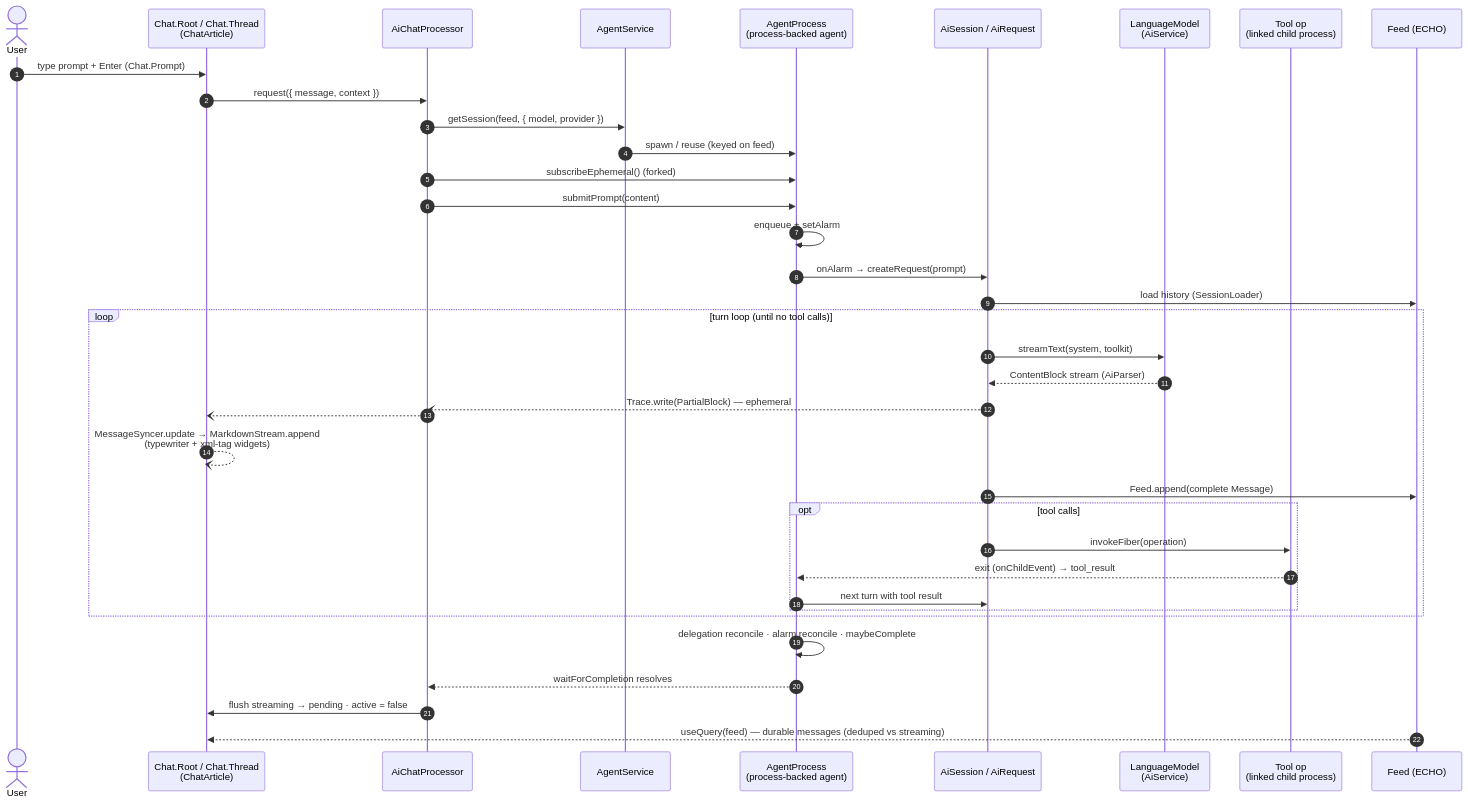
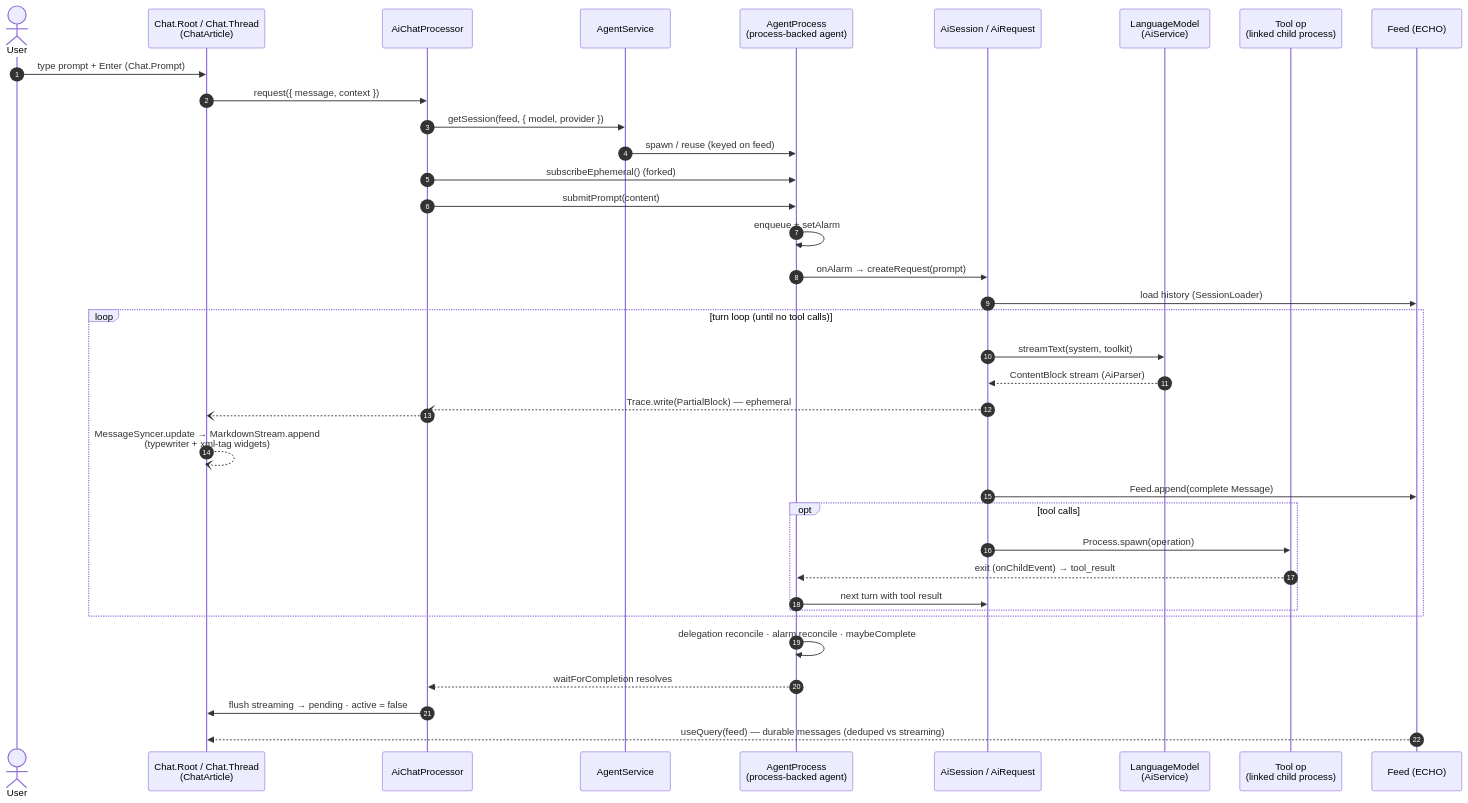
One commit to dxos/dxos changed the diagram in packages/plugins/plugin-assistant/docs/DESIGN.md. Above: the diagram before and after it, drawn with Mermaid. The commit also changed other lines of this file and 66 other files, not shown here.

````diff
--- a/packages/plugins/plugin-assistant/docs/DESIGN.md
+++ b/packages/plugins/plugin-assistant/docs/DESIGN.md
@@ -38,42 +38,42 @@
 ```mermaid
 sequenceDiagram
   autonumber
   actor U as User
   participant UI as Chat.Root / Chat.Thread<br/>(ChatArticle)
   participant P as AiChatProcessor
   participant AS as AgentService
   participant AP as AgentProcess<br/>(process-backed agent)
   participant RQ as AiSession / AiRequest
   participant LM as LanguageModel<br/>(AiService)
   participant T as Tool op<br/>(linked child process)
   participant F as Feed (ECHO)
 
   U->>UI: type prompt + Enter (Chat.Prompt)
   UI->>P: request({ message, context })
   P->>AS: getSession(feed, { model, provider })
   AS->>AP: spawn / reuse (keyed on feed)
   P->>AP: subscribeEphemeral() (forked)
   P->>AP: submitPrompt(content)
   AP->>AP: enqueue + setAlarm
 
   AP->>RQ: onAlarm → createRequest(prompt)
   RQ->>F: load history (SessionLoader)
   loop turn loop (until no tool calls)
     RQ->>LM: streamText(system, toolkit)
     LM-->>RQ: ContentBlock stream (AiParser)
     RQ--)P: Trace.write(PartialBlock) — ephemeral
     P--)UI: #streaming atom → messages
     UI--)UI: MessageSyncer.update → MarkdownStream.append<br/>(typewriter + xml-tag widgets)
     RQ->>F: Feed.append(complete Message)
     opt tool calls
-      RQ->>T: invokeFiber(operation)
+      RQ->>T: Process.spawn(operation)
       T-->>AP: exit (onChildEvent) → tool_result
       AP->>RQ: next turn with tool result
     end
   end
 
   AP->>AP: delegation reconcile · alarm reconcile · maybeComplete
   AP-->>P: waitForCompletion resolves
   P->>UI: flush streaming → pending · active = false
   F-->>UI: useQuery(feed) — durable messages (deduped vs streaming)
 ```
````
